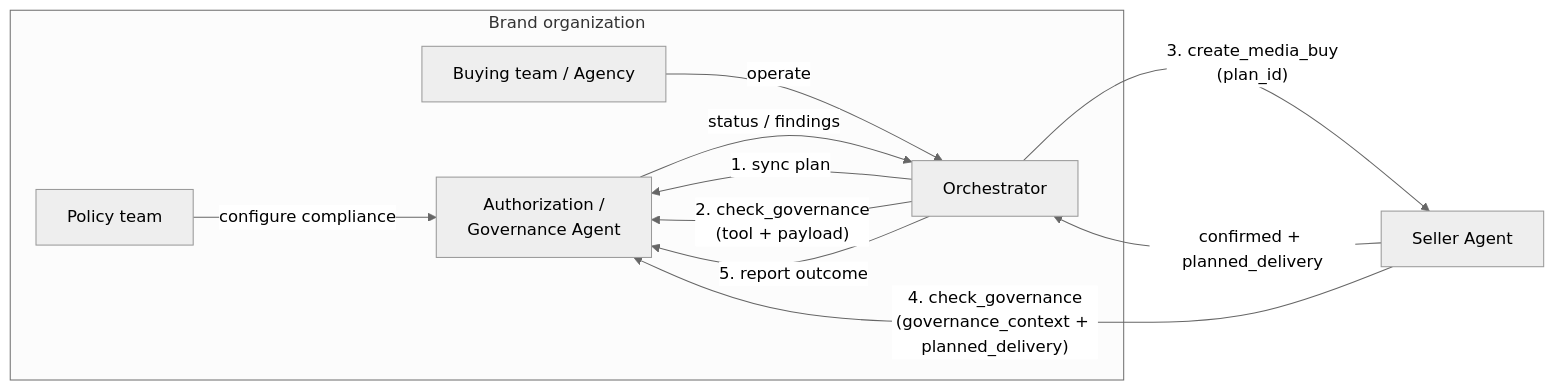
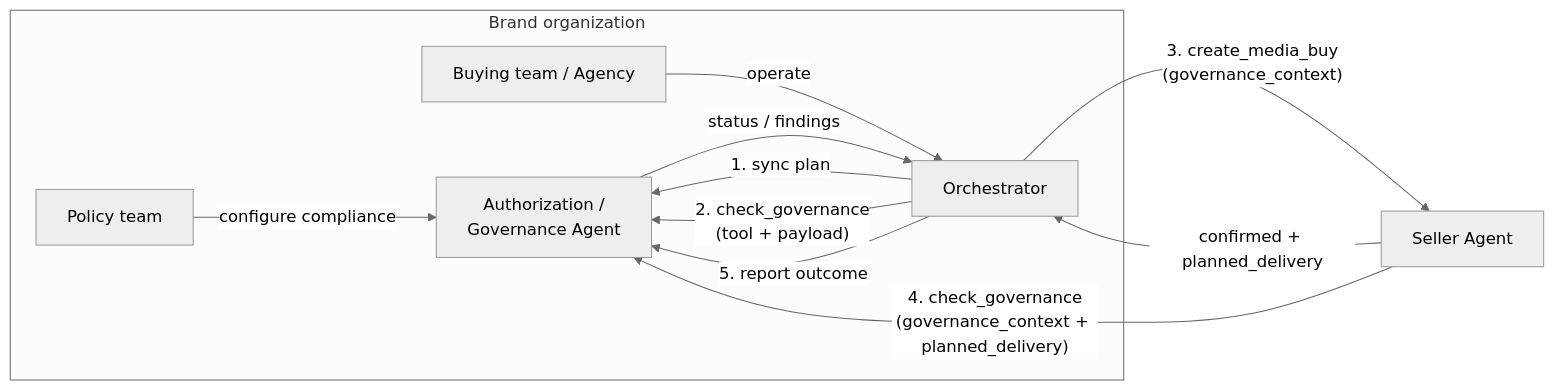
One commit to adcontextprotocol/adcp changed the diagram in docs/governance/campaign/index.mdx. Above: the diagram before and after it, drawn with Mermaid (neutral theme). The commit also changed other lines of this file and 78 other files, not shown here.

````diff
--- a/docs/governance/campaign/index.mdx
+++ b/docs/governance/campaign/index.mdx
@@ -49,19 +49,19 @@
 ```mermaid
 flowchart LR
     subgraph brand["Brand organization"]
         policy["Policy team"]
         buying["Buying team / Agency"]
         orchestrator["Orchestrator"]
         gov["Authorization /<br/>Governance Agent"]
         policy -->|"configure compliance"| gov
         buying -->|"operate"| orchestrator
         orchestrator -->|"1. sync plan"| gov
         orchestrator -->|"2. check_governance<br/>(tool + payload)"| gov
         orchestrator -->|"5. report outcome"| gov
         gov -->|"status / findings"| orchestrator
     end
 
-    orchestrator -->|"3. create_media_buy<br/>(plan_id)"| seller["Seller Agent"]
+    orchestrator -->|"3. create_media_buy<br/>(governance_context)"| seller["Seller Agent"]
     seller -->|"4. check_governance<br/>(governance_context + planned_delivery)"| gov
     seller -->|"confirmed + planned_delivery"| orchestrator
 ```
````
